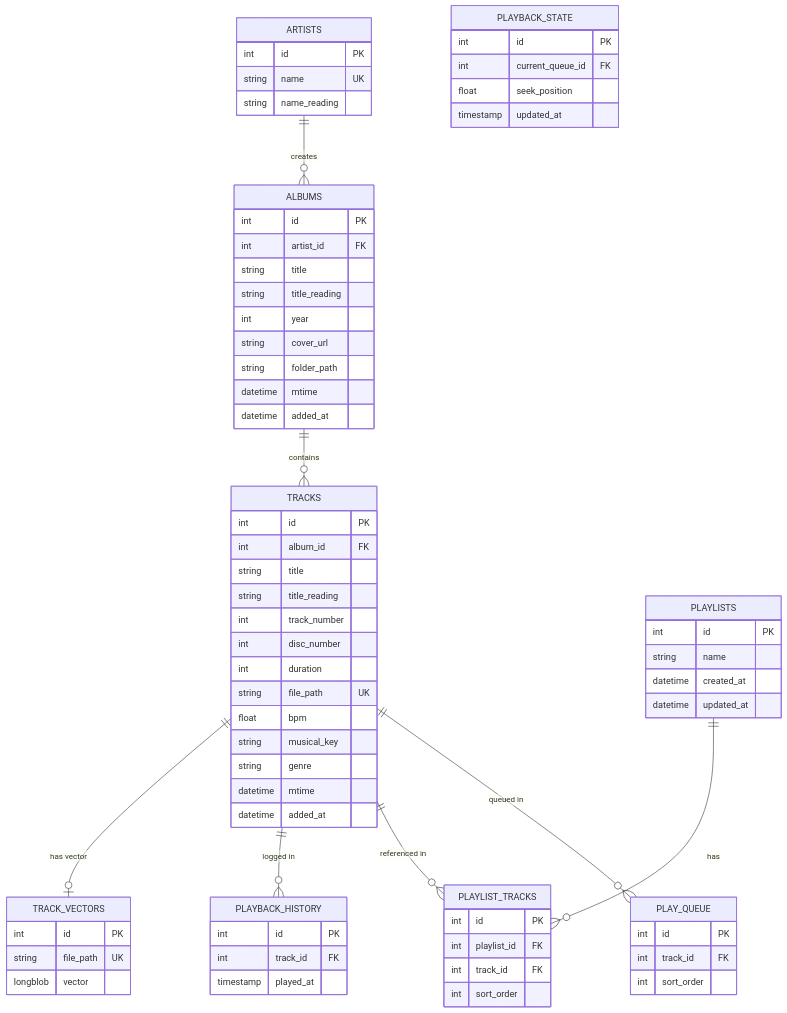
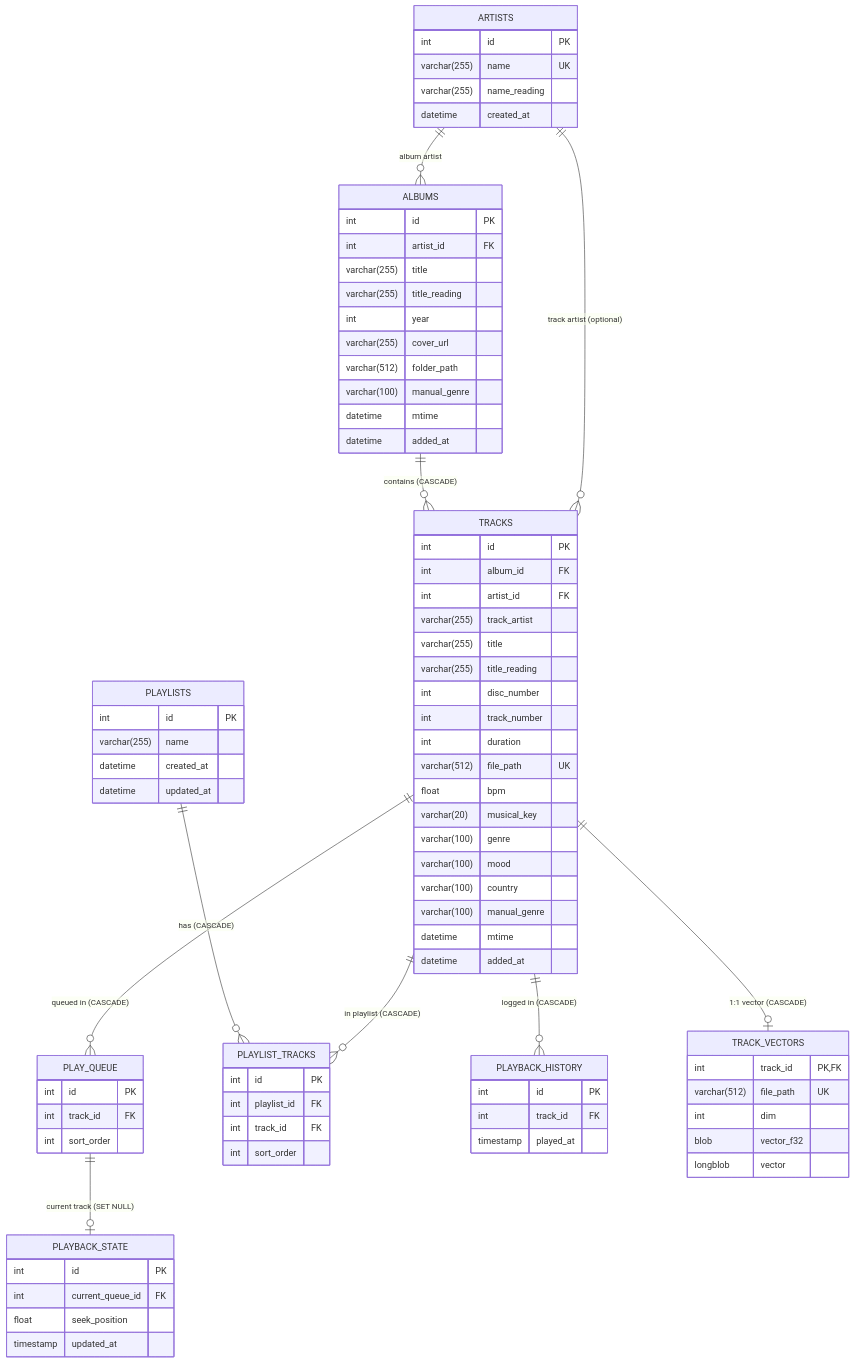
Before and after one commit to ayosino/flac_manager2: the diagram in REQUIREMENTS_DUMP.md, drawn with Mermaid. The commit also changed other lines of this file and 2 other files, not shown here.

Commit message:
docs: complete requirements dump and MySQL schema refactoring proposal

````diff
--- a/REQUIREMENTS_DUMP.md
+++ b/REQUIREMENTS_DUMP.md
@@ -160,43 +239,59 @@
 ```mermaid
 erDiagram
-    ARTISTS ||--o{ ALBUMS : "creates"
-    ALBUMS ||--o{ TRACKS : "contains"
-    TRACKS ||--o{ PLAY_QUEUE : "queued in"
-    TRACKS ||--o{ PLAYLIST_TRACKS : "referenced in"
-    PLAYLISTS ||--o{ PLAYLIST_TRACKS : "has"
-    TRACKS ||--o{ PLAYBACK_HISTORY : "logged in"
-    TRACKS ||--o| TRACK_VECTORS : "has vector"
+    ARTISTS ||--o{ ALBUMS : "album artist"
+    ARTISTS ||--o{ TRACKS : "track artist (optional)"
+    ALBUMS ||--o{ TRACKS : "contains (CASCADE)"
+    TRACKS ||--o{ PLAY_QUEUE : "queued in (CASCADE)"
+    PLAY_QUEUE ||--o| PLAYBACK_STATE : "current track (SET NULL)"
+    TRACKS ||--o{ PLAYLIST_TRACKS : "in playlist (CASCADE)"
+    PLAYLISTS ||--o{ PLAYLIST_TRACKS : "has (CASCADE)"
+    TRACKS ||--o{ PLAYBACK_HISTORY : "logged in (CASCADE)"
+    TRACKS ||--o| TRACK_VECTORS : "1:1 vector (CASCADE)"
 
     ARTISTS {
         int id PK
-        string name UK
-        string name_reading
+        varchar(255) name UK
+        varchar(255) name_reading
+        datetime created_at
     }
     ALBUMS {
         int id PK
         int artist_id FK
-        string title
-        string title_reading
+        varchar(255) title
+        varchar(255) title_reading
         int year
-        string cover_url
-        string folder_path
+        varchar(255) cover_url
+        varchar(512) folder_path
+        varchar(100) manual_genre
         datetime mtime
         datetime added_at
     }
     TRACKS {
         int id PK
         int album_id FK
-        string title
-        string title_reading
+        int artist_id FK
+        varchar(255) track_artist
+        varchar(255) title
+        varchar(255) title_reading
+        int disc_number
         int track_number
-        int disc_number
         int duration
-        string file_path UK
+        varchar(512) file_path UK
         float bpm
-        string musical_key
-        string genre
+        varchar(20) musical_key
+        varchar(100) genre
+        varchar(100) mood
+        varchar(100) country
+        varchar(100) manual_genre
         datetime mtime
         datetime added_at
+    }
+    TRACK_VECTORS {
+        int track_id PK,FK
+        varchar(512) file_path UK
+        int dim
+        blob vector_f32
+        longblob vector
     }
     PLAY_QUEUE {
         int id PK
@@ -211,7 +306,7 @@
     }
     PLAYLISTS {
         int id PK
-        string name
+        varchar(255) name
         datetime created_at
         datetime updated_at
     }
@@ -226,9 +321,4 @@
         int track_id FK
         timestamp played_at
     }
-    TRACK_VECTORS {
-        int id PK
-        string file_path UK
-        longblob vector
-    }
 ```
````
